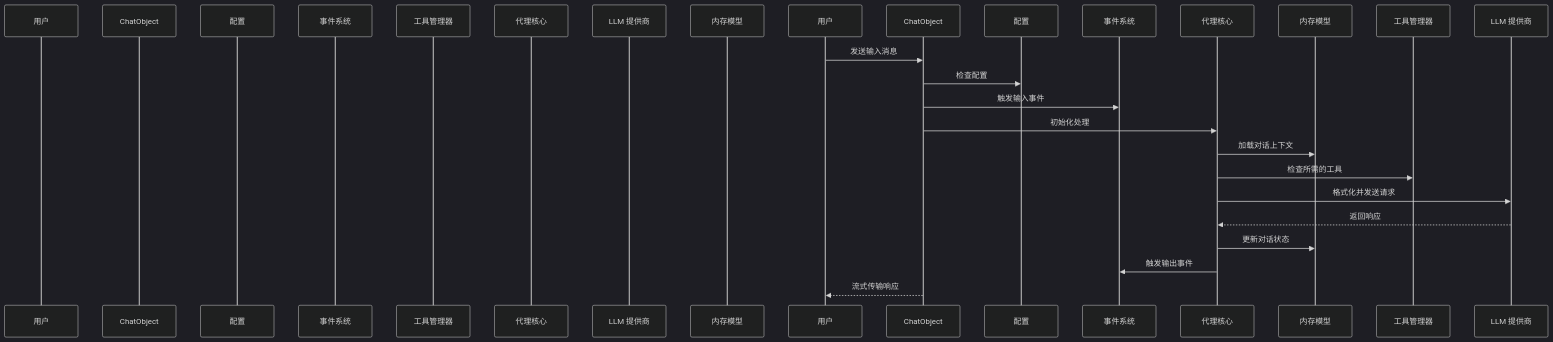
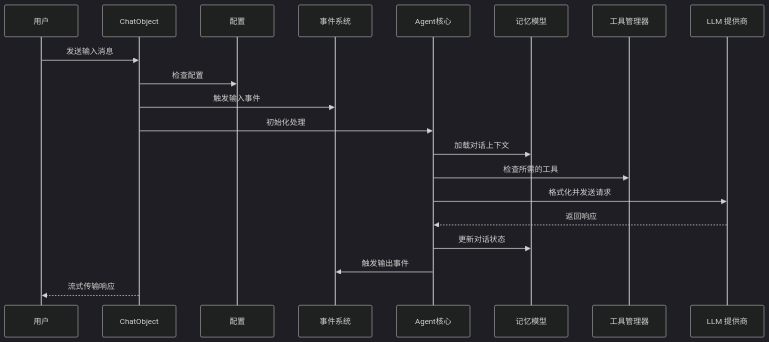
One commit to AmritaBot/AmritaCore changed the second of 2 diagrams in docs/zh/guide/getting-started/architecture.md. Above: the diagram before and after it, drawn with Mermaid (dark theme). The commit also changed other lines of this file and 34 other files, not shown here.

First line of the commit message:
Add per-call config, presets, and callback streaming to ChatObject (#3)

````diff
--- a/docs/zh/guide/getting-started/architecture.md
+++ b/docs/zh/guide/getting-started/architecture.md
@@ -46,23 +46,14 @@
 ```mermaid
 sequenceDiagram
-    participant User as 用户
-    participant CO as ChatObject
-    participant Config as 配置
-    participant Events as 事件系统
-    participant Tools as 工具管理器
-    participant Agent as 代理核心
-    participant LLM as LLM 提供商
-    participant Memory as 内存模型
-
     用户->>ChatObject: 发送输入消息
     ChatObject->>配置: 检查配置
     ChatObject->>事件系统: 触发输入事件
-    ChatObject->>代理核心: 初始化处理
-    代理核心->>内存模型: 加载对话上下文
-    代理核心->>工具管理器: 检查所需的工具
-    代理核心->>LLM 提供商: 格式化并发送请求
-    LLM 提供商-->>代理核心: 返回响应
-    代理核心->>内存模型: 更新对话状态
-    代理核心->>事件系统: 触发输出事件
+    ChatObject->>Agent核心: 初始化处理
+    Agent核心->>记忆模型: 加载对话上下文
+    Agent核心->>工具管理器: 检查所需的工具
+    Agent核心->>LLM 提供商: 格式化并发送请求
+    LLM 提供商-->>Agent核心: 返回响应
+    Agent核心->>记忆模型: 更新对话状态
+    Agent核心->>事件系统: 触发输出事件
     ChatObject-->>用户: 流式传输响应
 ```
````
